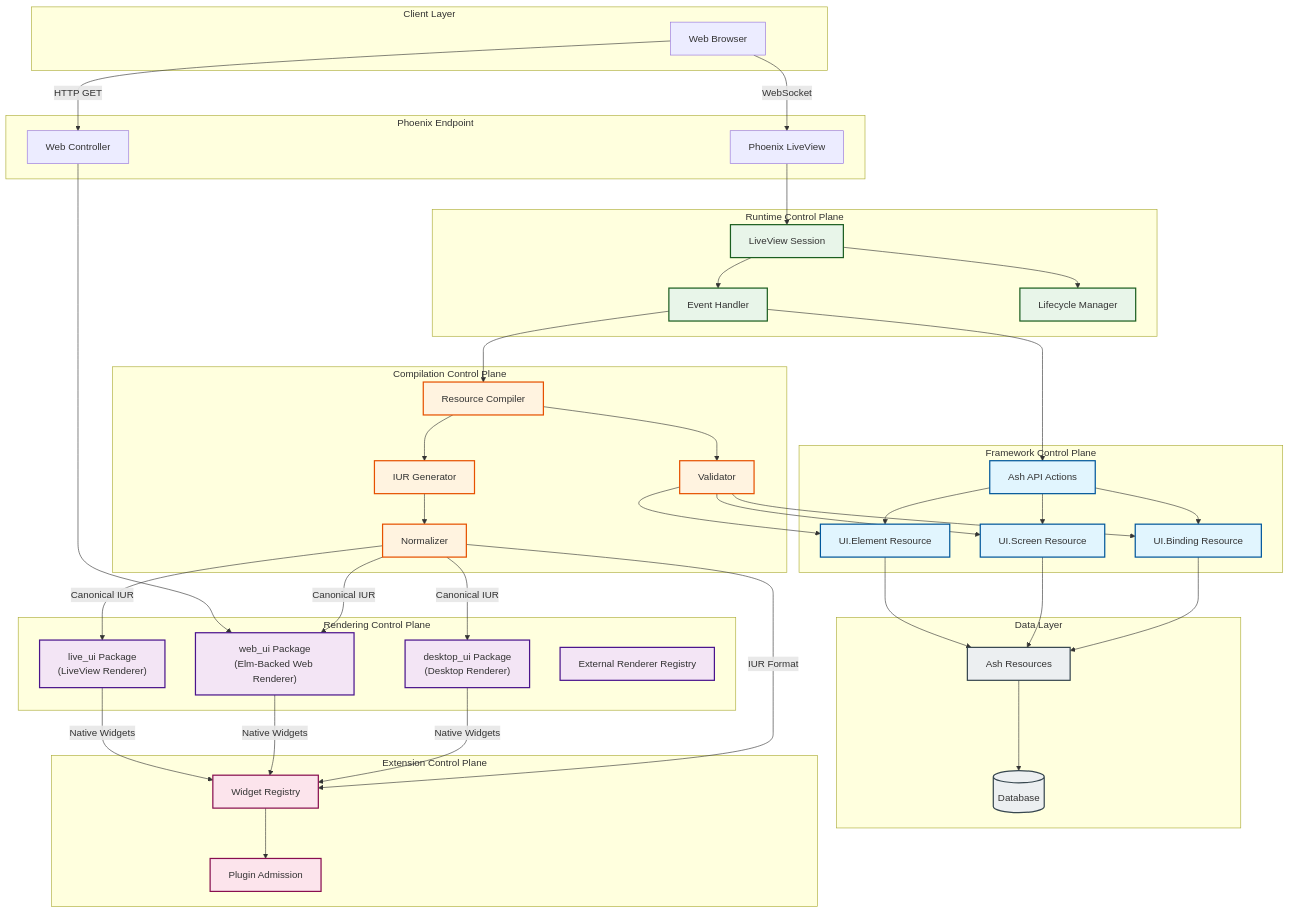
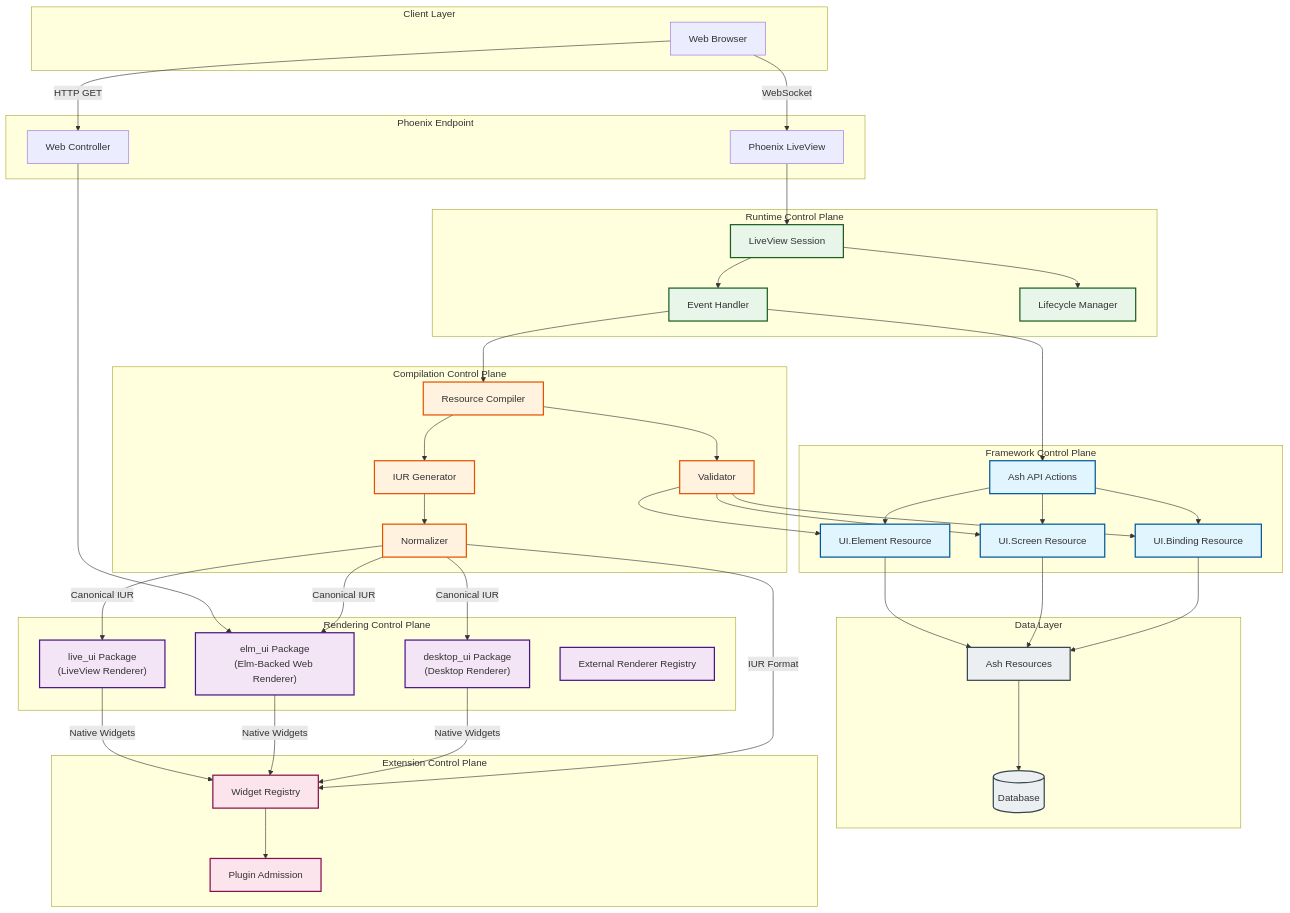
Before and after one commit to The-Metagraph/ash_ui: the first of 4 diagrams in specs/topology.md, drawn with Mermaid. The commit also changed other lines of this file and 10 other files, not shown here.

```diff
--- a/specs/topology.md
+++ b/specs/topology.md
@@ -44,7 +44,7 @@
 
     subgraph Rendering["Rendering Control Plane"]
         LiveRenderer["live_ui Package<br/>(LiveView Renderer)"]
-        WebRenderer["web_ui Package<br/>(Elm-Backed Web Renderer)"]
+        WebRenderer["elm_ui Package<br/>(Elm-Backed Web Renderer)"]
         DesktopRenderer["desktop_ui Package<br/>(Desktop Renderer)"]
         ExternalRegistry["External Renderer Registry"]
     end
```
